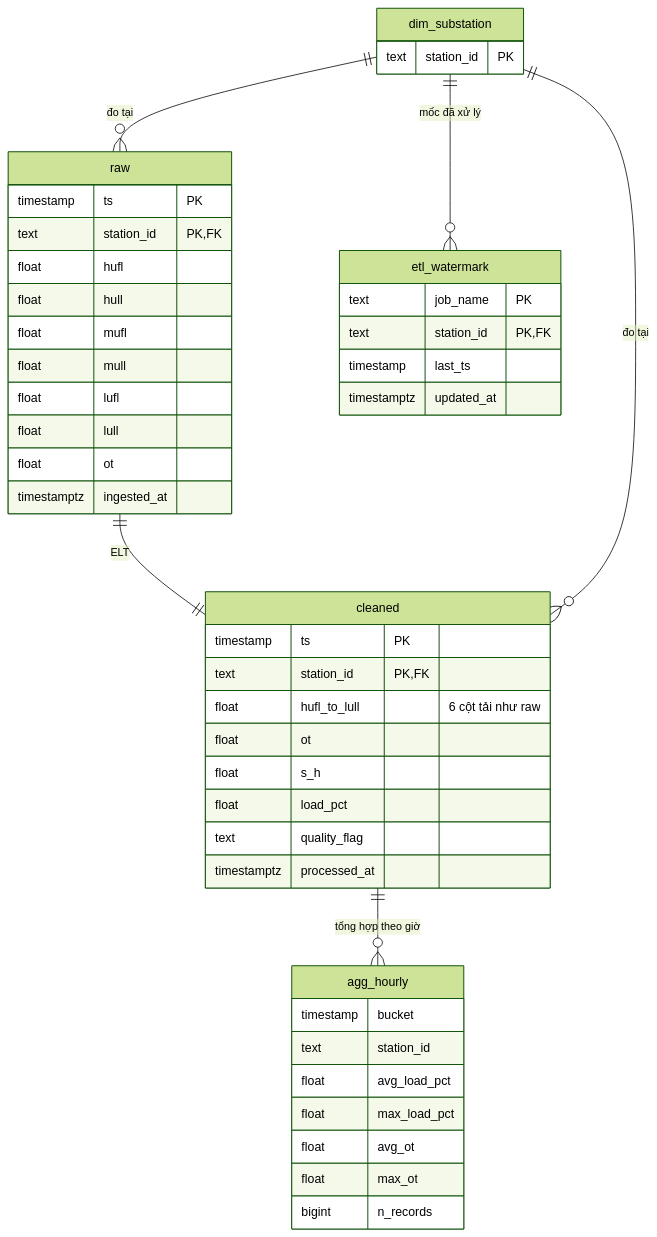
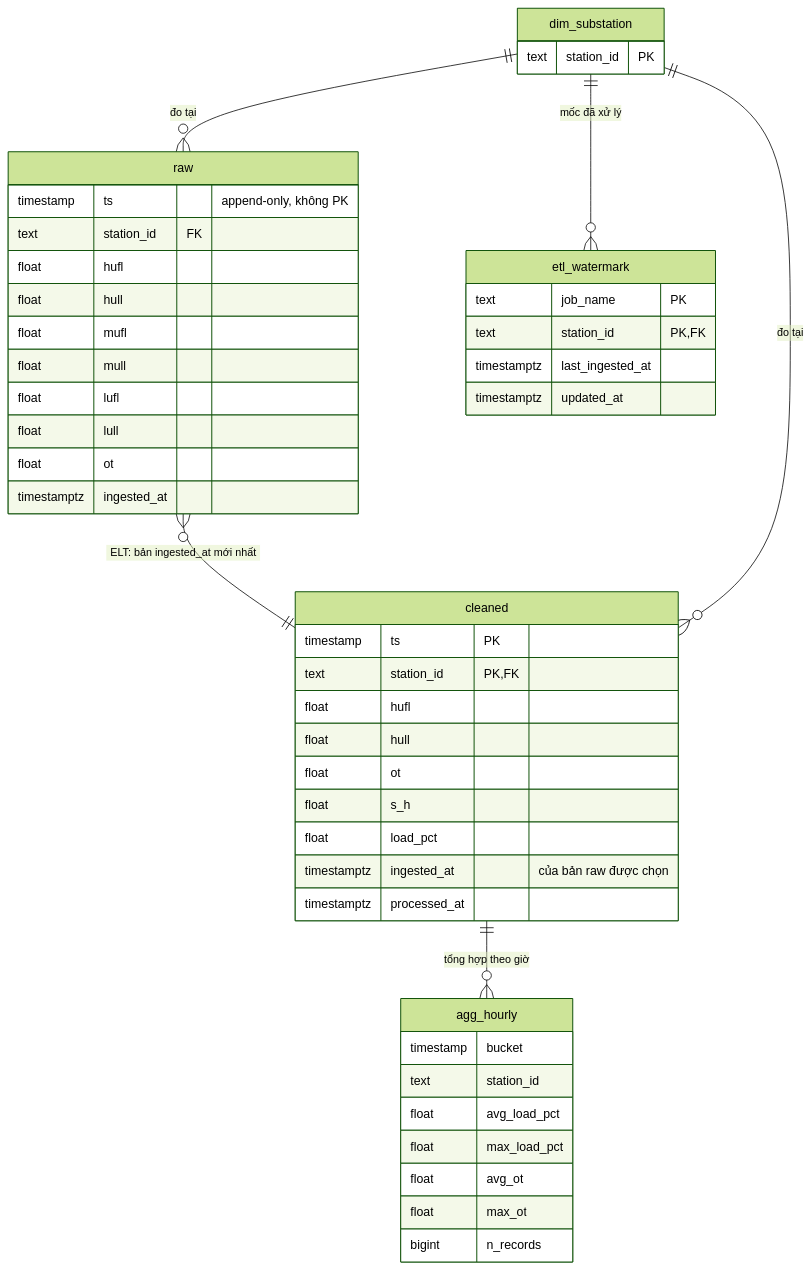
The second of 5 diagrams in docs/erd.md (CkoThuw11/Energy-IoT-Obs-System), drawn with Mermaid (forest theme) before and after one commit. The commit also changed other lines of this file and 100 other files, not shown here.

````diff
--- a/docs/erd.md
+++ b/docs/erd.md
@@ -73,49 +73,50 @@
 ```mermaid
 erDiagram
     dim_substation {
         text station_id PK
     }
     raw {
-        timestamp ts PK
-        text station_id PK, FK
+        timestamp ts "append-only, không PK"
+        text station_id FK
         float hufl
         float hull
         float mufl
         float mull
         float lufl
         float lull
         float ot
         timestamptz ingested_at
     }
     cleaned {
         timestamp ts PK
         text station_id PK, FK
-        float hufl_to_lull "6 cột tải như raw"
+        float hufl
+        float hull
         float ot
         float s_h
         float load_pct
-        text quality_flag
+        timestamptz ingested_at "của bản raw được chọn"
         timestamptz processed_at
     }
     agg_hourly {
         timestamp bucket
         text station_id
         float avg_load_pct
         float max_load_pct
         float avg_ot
         float max_ot
         bigint n_records
     }
     etl_watermark {
         text job_name PK
         text station_id PK, FK
-        timestamp last_ts
+        timestamptz last_ingested_at
         timestamptz updated_at
     }
 
     dim_substation ||--o{ raw : "đo tại"
-    raw ||--|| cleaned : "ELT"
+    raw }o--|| cleaned : "ELT: bản ingested_at mới nhất"
     dim_substation ||--o{ cleaned : "đo tại"
     cleaned ||--o{ agg_hourly : "tổng hợp theo giờ"
     dim_substation ||--o{ etl_watermark : "mốc đã xử lý"
 ```
````
